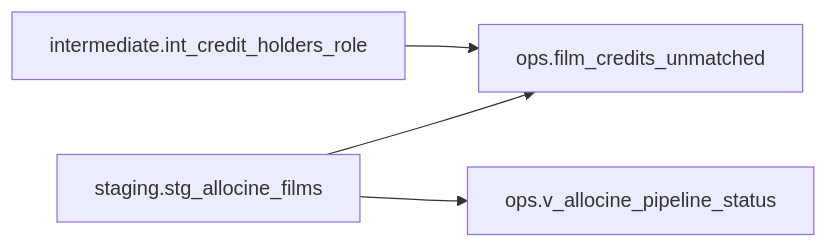
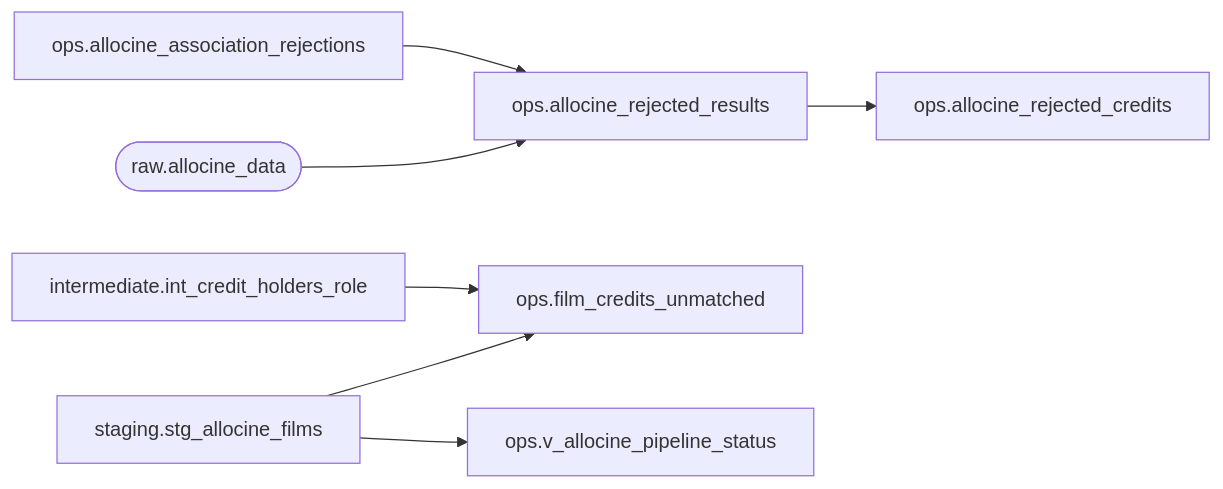
The fourth of 5 diagrams in docs/dbt-lineage.md (Le-Collectif-50-50/cinestats-5050), drawn with Mermaid before and after one commit. The commit also changed other lines of this file, not shown here.

````diff
--- a/docs/dbt-lineage.md
+++ b/docs/dbt-lineage.md
@@ -288,10 +295,17 @@
 ```mermaid
 flowchart LR
-  n0["ops.film_credits_unmatched"]
-  n12["intermediate.int_credit_holders_role"]
-  n28["staging.stg_allocine_films"]
-  n44["ops.v_allocine_pipeline_status"]
-  n12 --> n0
-  n28 --> n0
-  n28 --> n44
+  n0["ops.allocine_rejected_credits"]
+  n1["ops.allocine_rejected_results"]
+  n2["ops.film_credits_unmatched"]
+  n14["intermediate.int_credit_holders_role"]
+  n30["staging.stg_allocine_films"]
+  n46["ops.v_allocine_pipeline_status"]
+  n47["ops.allocine_association_rejections"]
+  n49(["raw.allocine_data"])
+  n1 --> n0
+  n14 --> n2
+  n30 --> n2
+  n30 --> n46
+  n47 --> n1
+  n49 --> n1
 ```
````
